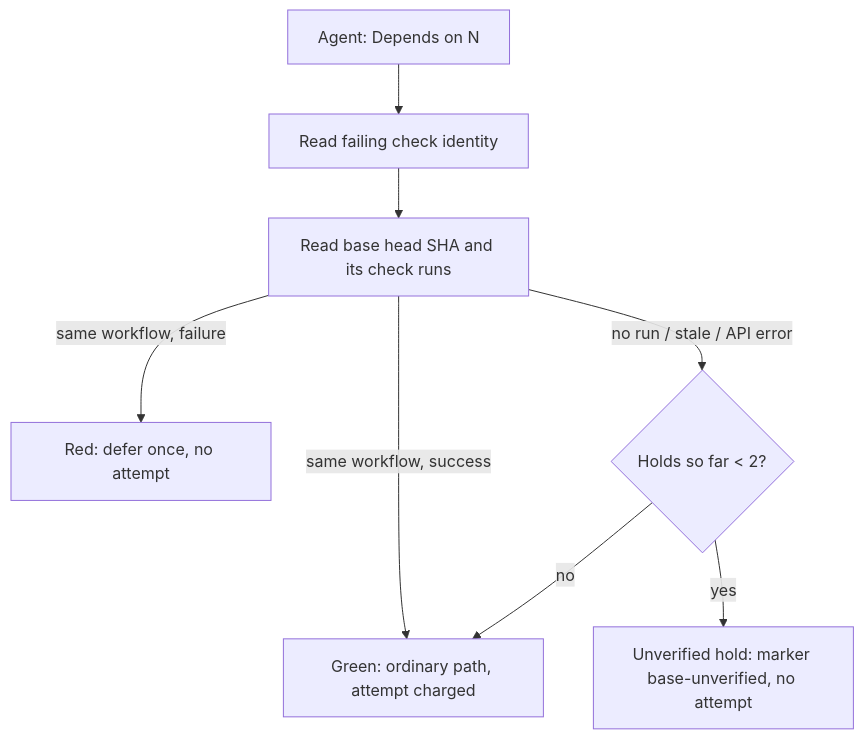
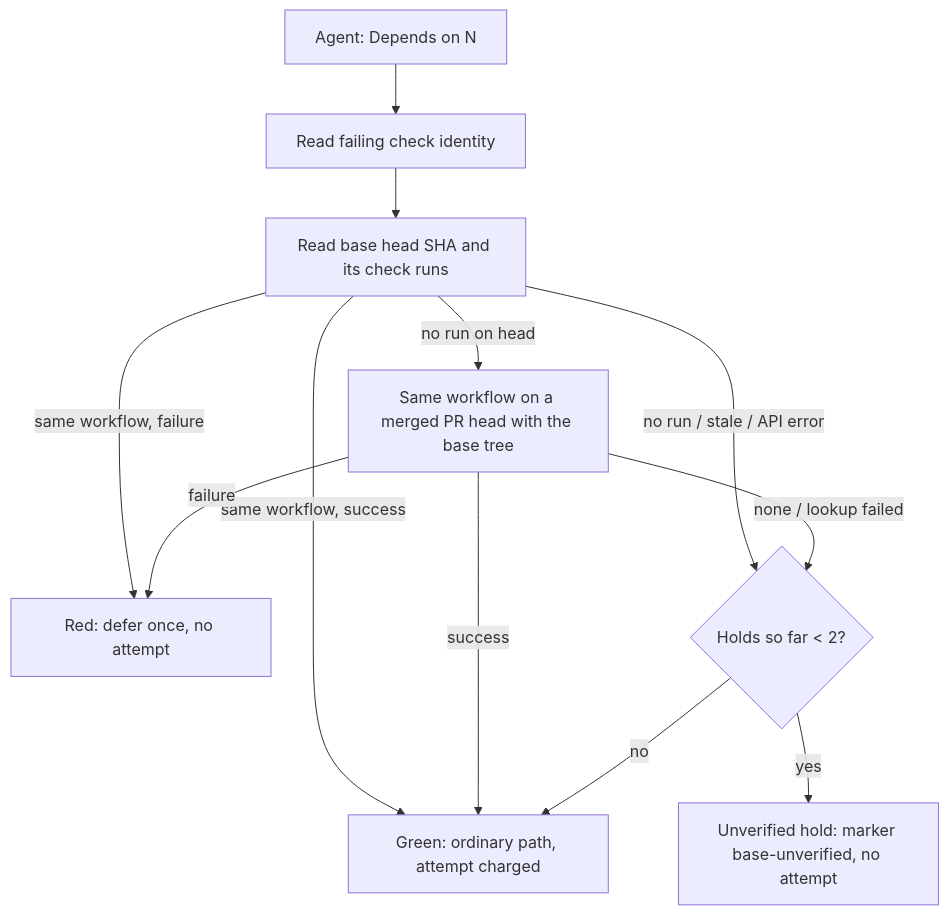
Before and after one commit to stSoftwareAU/VibeCoder: the diagram in docs/archive/pr-summaries/pr-summary-4680.md, drawn with Mermaid. The commit also changed other lines of this file and 6 other files, not shown here.

Commit message:
Verify a PR-only check's base defect by the same workflow's run on a tree-identical merged PR head, and pin the surviving mutants (Part of #4680)

````diff
--- a/docs/archive/pr-summaries/pr-summary-4680.md
+++ b/docs/archive/pr-summaries/pr-summary-4680.md
@@ -23,10 +29,14 @@
 ```mermaid
 flowchart TD
     A[Agent: Depends on N] --> B[Read failing check identity]
     B --> C[Read base head SHA and its check runs]
     C -- same workflow, failure --> D[Red: defer once, no attempt]
     C -- same workflow, success --> E[Green: ordinary path, attempt charged]
+    C -- no run on head --> T[Same workflow on a merged PR head with the base tree]
+    T -- failure --> D
+    T -- success --> E
     C -- no run / stale / API error --> F{Holds so far < 2?}
+    T -- none / lookup failed --> F
     F -- yes --> G[Unverified hold: marker base-unverified, no attempt]
     F -- no --> E
 ```
````
